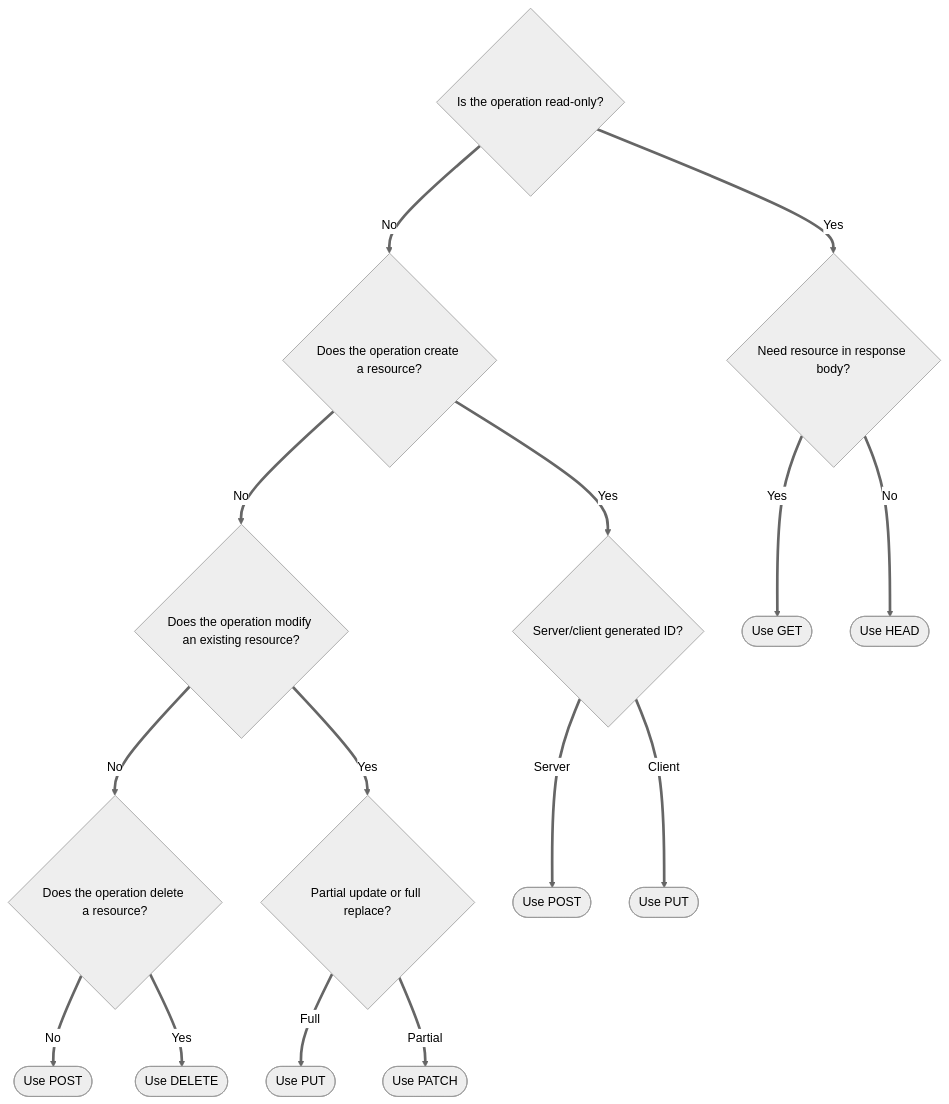
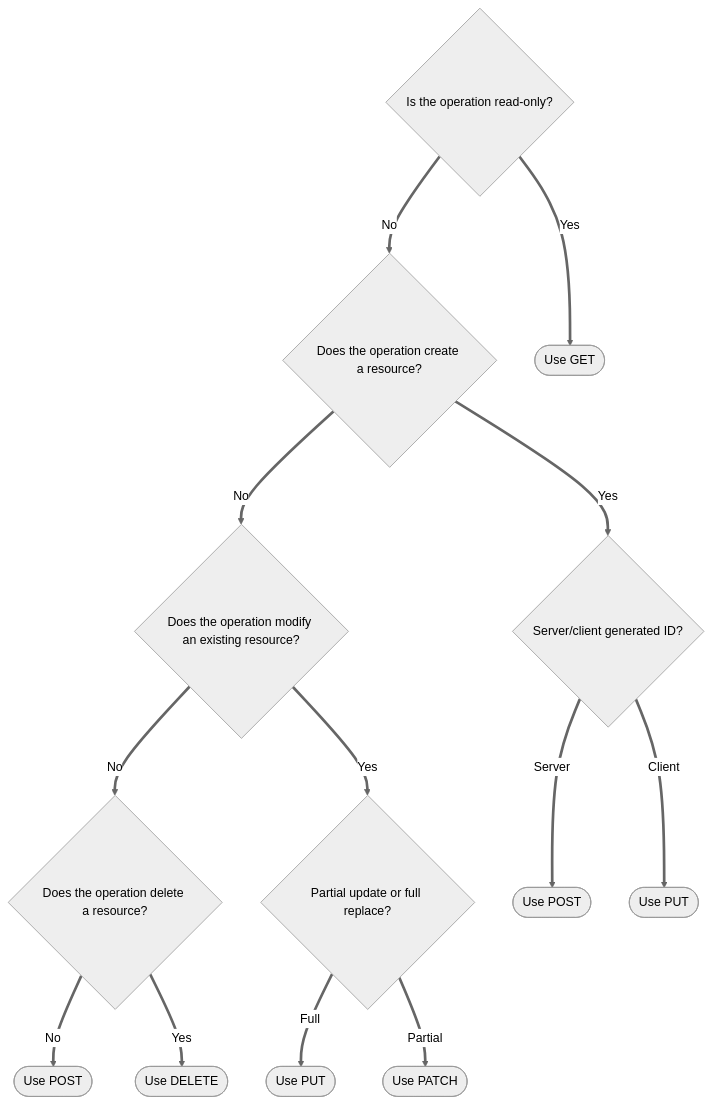
One commit to infusionsoft/aeps changed the diagram in aep/general/0130/aep.md. Above: the diagram before and after it, drawn with Mermaid. The commit also changed other lines of this file and 1 other file, not shown here.

````diff
--- a/aep/general/0130/aep.md
+++ b/aep/general/0130/aep.md
@@ -39,37 +37,32 @@
 ```mermaid
 ---
 config:
     theme: 'neutral'
 ---
 flowchart TD
     read{Is the operation read-only?}
-    responseBody{Need resource in response body?}
     create{Does the operation create a resource?}
     serverGen{Server/client generated ID?}
     update{Does the operation modify an existing resource?}
     replace{Partial update or full replace?}
     doesDelete{Does the operation delete a resource?}
     get([Use GET])
-    head([Use HEAD])
     post([Use POST])
     post2([Use POST])
     put([Use PUT])
     put2([Use PUT])
     patch([Use PATCH])
     delete([Use DELETE])
-
-    read ==>|Yes| responseBody
-    responseBody ==>|No| head
-    responseBody ==>|Yes| get
+    read ==>|Yes| get
     read ==>|No| create
     create ==>|Yes| serverGen
     serverGen ==>|Server| post
     serverGen ==>|Client| put
     create ==>|No| update
     update ==>|No| doesDelete
     doesDelete ==>|No| post2
     doesDelete ==>|Yes| delete
     update ==>|Yes| replace
     replace ==>|Full| put2
     replace ==>|Partial| patch
 ```
````
